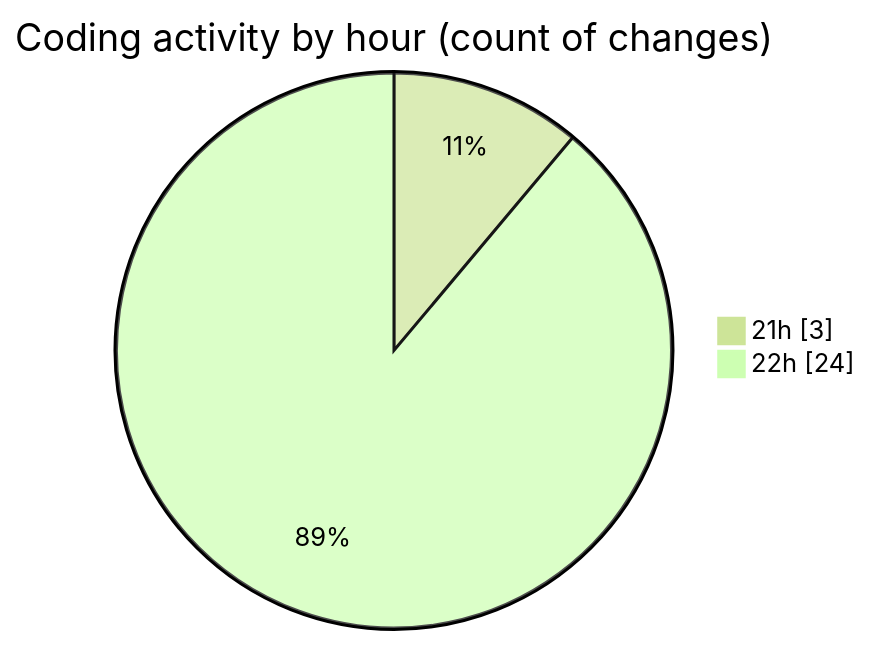
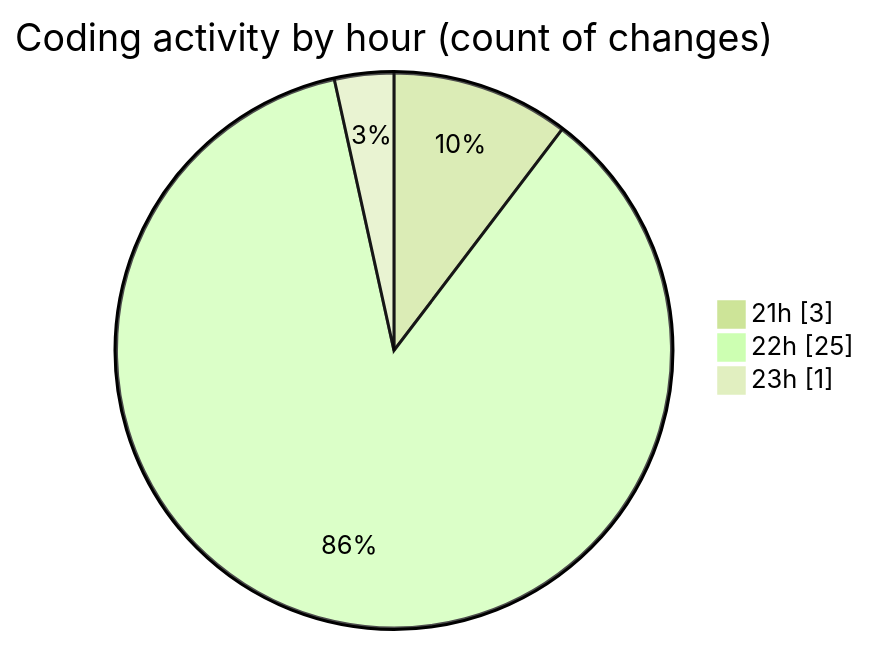
One commit to charlie-sans/code-tracking changed the second of 2 diagrams in 2025-03-18/sharpmasm/README.md. Above: the diagram before and after it, drawn with Mermaid (forest theme). The commit also changed other lines of this file and 1 other file, not shown here.

````diff
--- a/2025-03-18/sharpmasm/README.md
+++ b/2025-03-18/sharpmasm/README.md
@@ -37,6 +39,7 @@
 ```mermaid
 pie showData
 title Coding activity by hour (count of changes)
 "21h" : 3
-"22h" : 24
+"22h" : 25
+"23h" : 1
 ```
````
